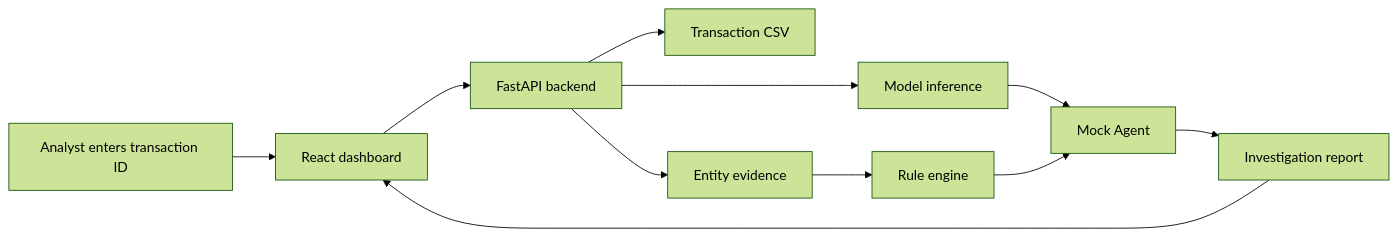
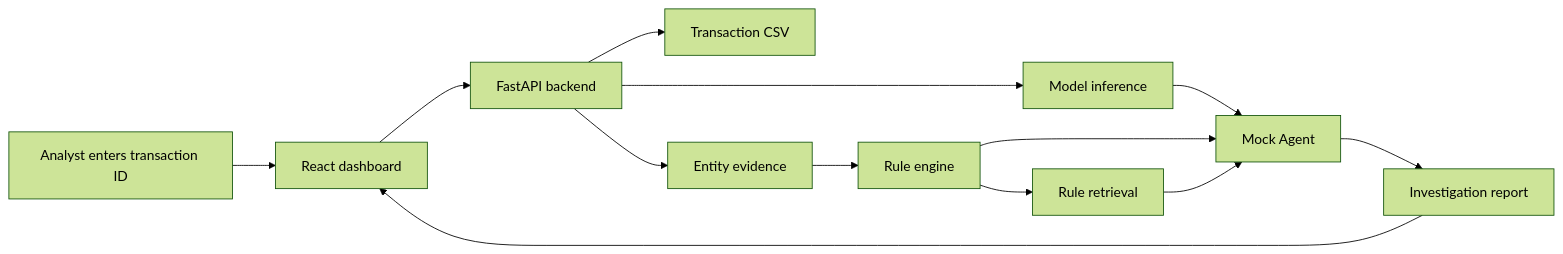
Before and after one commit to W3d6657W3d/fraudguard-agent: the diagram in README.md, drawn with Mermaid (forest theme). The commit also changed other lines of this file and 9 other files, not shown here.

Commit message:
Add local rule retrieval for investigation context

````diff
--- a/README.md
+++ b/README.md
@@ -41,13 +43,15 @@
 ```mermaid
 flowchart LR
     A["Analyst enters transaction ID"] --> B["React dashboard"]
     B --> C["FastAPI backend"]
     C --> D["Transaction CSV"]
     C --> E["Model inference"]
     C --> F["Entity evidence"]
     F --> G["Rule engine"]
-    E --> H["Mock Agent"]
-    G --> H
-    H --> I["Investigation report"]
-    I --> B
+    G --> H["Rule retrieval"]
+    E --> I["Mock Agent"]
+    G --> I
+    H --> I
+    I --> J["Investigation report"]
+    J --> B
 ```
````
